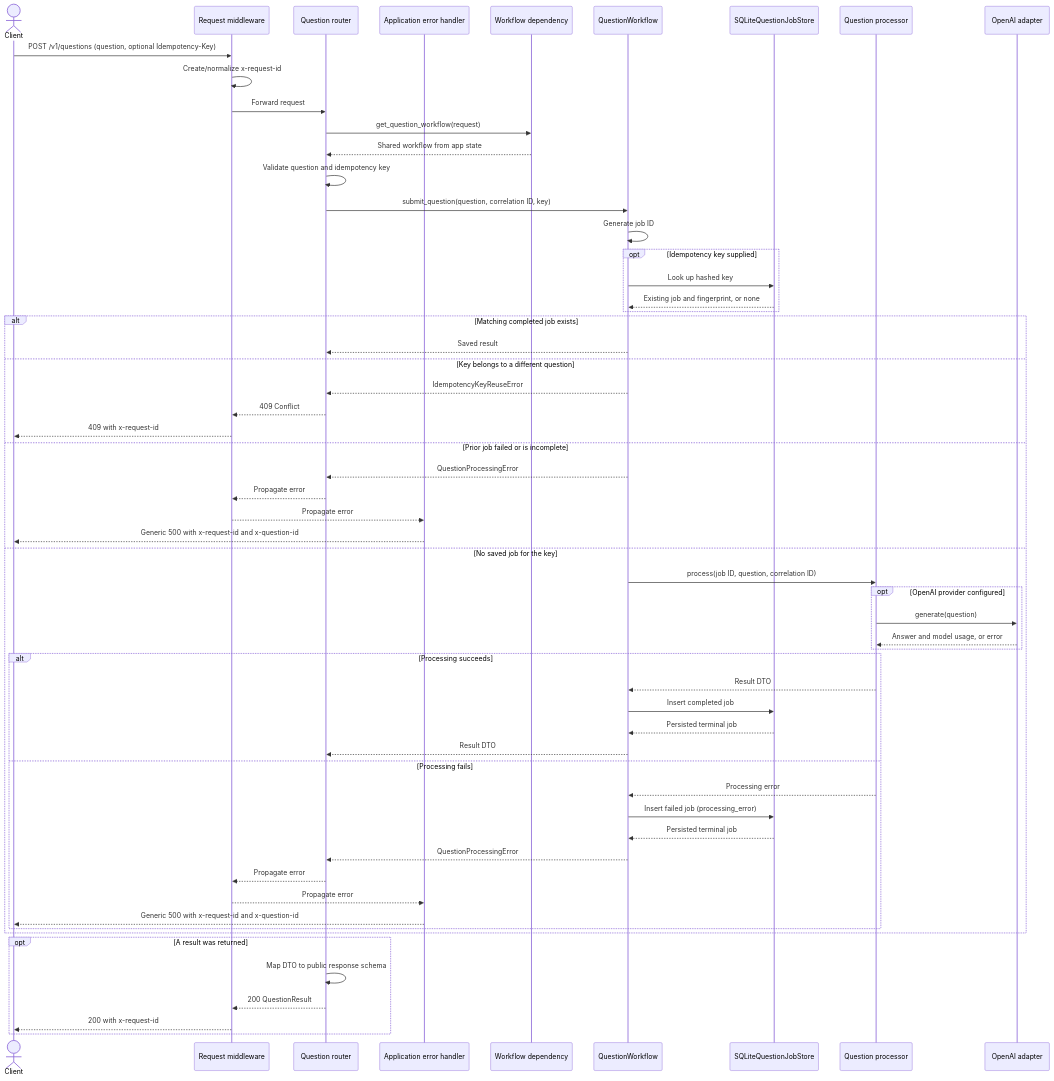
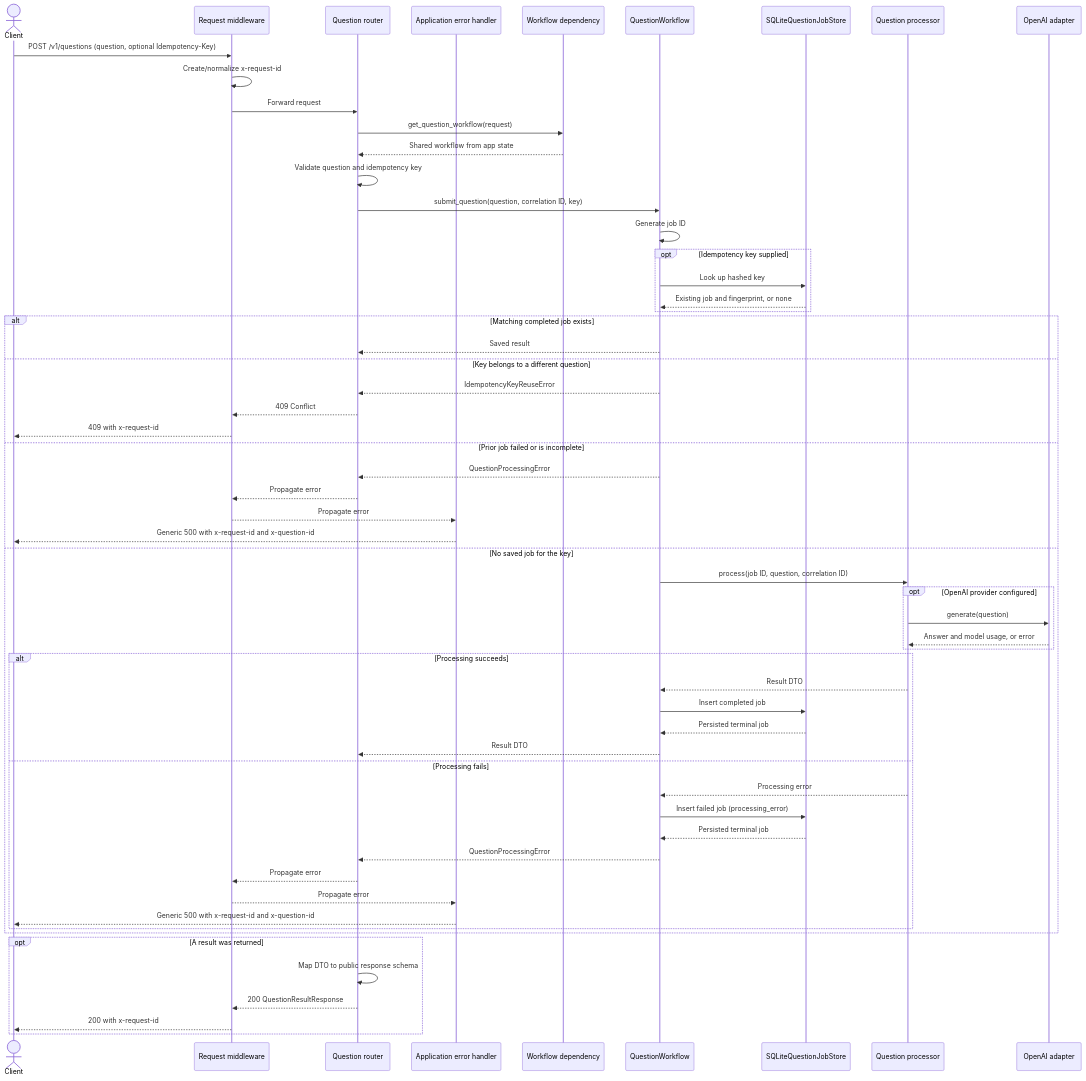
The first of 2 diagrams in docs/questions-api-sequence.md (jasmine-post-pdx/rag-chatbot), drawn with Mermaid before and after one commit. The commit also changed 30 other files, not shown here.

First line of the commit message:
refactor: rename schemas and update dependencies for question handling

````diff
--- a/docs/questions-api-sequence.md
+++ b/docs/questions-api-sequence.md
@@ -15,62 +15,62 @@
 ```mermaid
 sequenceDiagram
     actor Client
     participant MW as Request middleware
     participant API as Question router
     participant Err as Application error handler
     participant Dep as Workflow dependency
     participant WF as QuestionWorkflow
     participant Store as SQLiteQuestionJobStore
     participant Processor as Question processor
     participant LLM as OpenAI adapter
 
     Client->>MW: POST /v1/questions (question, optional Idempotency-Key)
     MW->>MW: Create/normalize x-request-id
     MW->>API: Forward request
     API->>Dep: get_question_workflow(request)
     Dep-->>API: Shared workflow from app state
     API->>API: Validate question and idempotency key
     API->>WF: submit_question(question, correlation ID, key)
     WF->>WF: Generate job ID
     opt Idempotency key supplied
         WF->>Store: Look up hashed key
         Store-->>WF: Existing job and fingerprint, or none
     end
     alt Matching completed job exists
         WF-->>API: Saved result
     else Key belongs to a different question
         WF-->>API: IdempotencyKeyReuseError
         API-->>MW: 409 Conflict
         MW-->>Client: 409 with x-request-id
     else Prior job failed or is incomplete
         WF-->>API: QuestionProcessingError
         API-->>MW: Propagate error
         MW-->>Err: Propagate error
         Err-->>Client: Generic 500 with x-request-id and x-question-id
     else No saved job for the key
         WF->>Processor: process(job ID, question, correlation ID)
         opt OpenAI provider configured
             Processor->>LLM: generate(question)
             LLM-->>Processor: Answer and model usage, or error
         end
         alt Processing succeeds
             Processor-->>WF: Result DTO
             WF->>Store: Insert completed job
             Store-->>WF: Persisted terminal job
             WF-->>API: Result DTO
         else Processing fails
             Processor-->>WF: Processing error
             WF->>Store: Insert failed job (processing_error)
             Store-->>WF: Persisted terminal job
             WF-->>API: QuestionProcessingError
             API-->>MW: Propagate error
             MW-->>Err: Propagate error
             Err-->>Client: Generic 500 with x-request-id and x-question-id
         end
     end
     opt A result was returned
         API->>API: Map DTO to public response schema
-        API-->>MW: 200 QuestionResult
+        API-->>MW: 200 QuestionResultResponse
         MW-->>Client: 200 with x-request-id
     end
 ```
````
